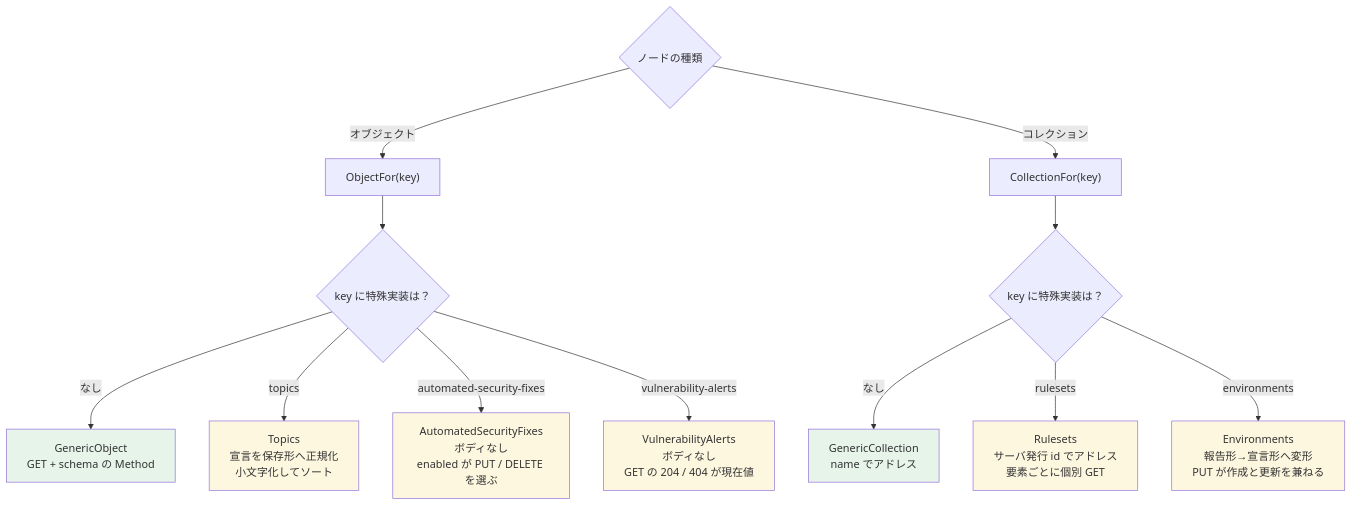
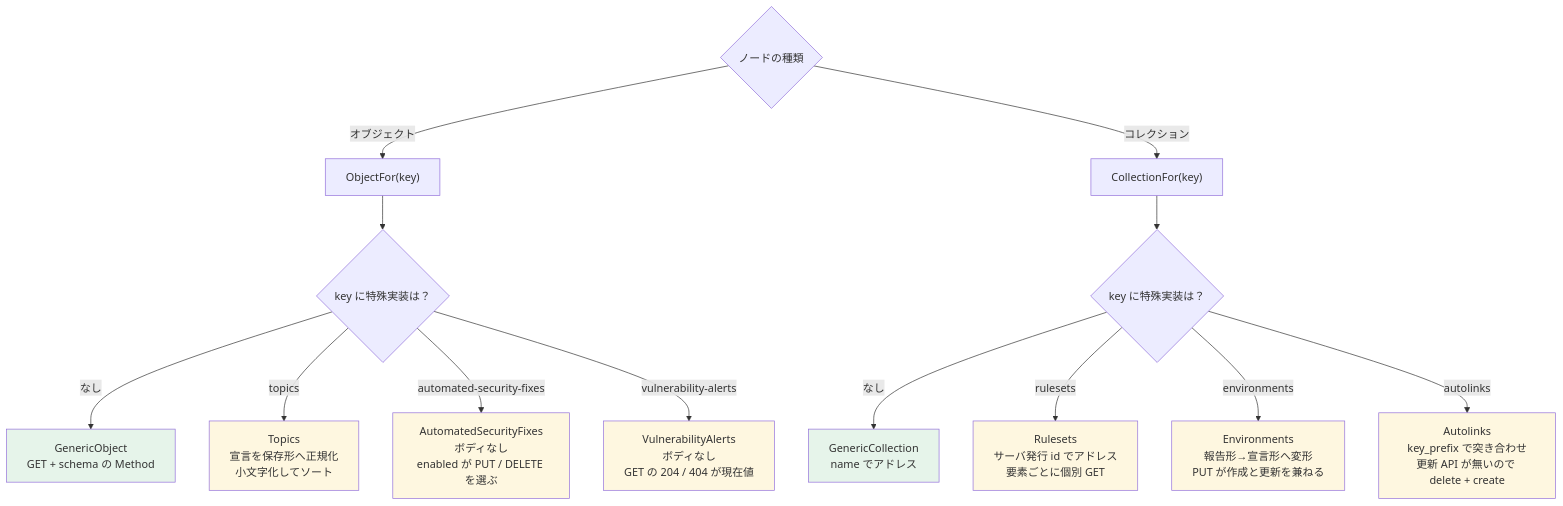
Before and after one commit to kota65535/ghs: the fourth of 5 diagrams in docs/architecture.md, drawn with Mermaid. The commit also changed other lines of this file and 23 other files, not shown here.

````diff
--- a/docs/architecture.md
+++ b/docs/architecture.md
@@ -112,24 +112,26 @@
 ```mermaid
 graph TD
     Q{"ノードの種類"}
     Q -->|オブジェクト| O["ObjectFor(key)"]
     Q -->|コレクション| CO["CollectionFor(key)"]
 
     O --> OG0{"key に特殊実装は？"}
     OG0 -->|なし| OG["GenericObject<br/>GET + schema の Method"]
     OG0 -->|topics| TP["Topics<br/>宣言を保存形へ正規化<br/>小文字化してソート"]
     OG0 -->|automated-security-fixes| SF["AutomatedSecurityFixes<br/>ボディなし<br/>enabled が PUT / DELETE を選ぶ"]
     OG0 -->|vulnerability-alerts| VA["VulnerabilityAlerts<br/>ボディなし<br/>GET の 204 / 404 が現在値"]
     CO --> CG{"key に特殊実装は？"}
     CG -->|なし| GC["GenericCollection<br/>name でアドレス"]
     CG -->|rulesets| RS["Rulesets<br/>サーバ発行 id でアドレス<br/>要素ごとに個別 GET"]
     CG -->|environments| EN["Environments<br/>報告形→宣言形へ変形<br/>PUT が作成と更新を兼ねる"]
+    CG -->|autolinks| AL["Autolinks<br/>key_prefix で突き合わせ<br/>更新 API が無いので delete + create"]
 
     style OG fill:#e6f4ea
     style GC fill:#e6f4ea
     style TP fill:#fef7e0
     style SF fill:#fef7e0
     style VA fill:#fef7e0
     style RS fill:#fef7e0
     style EN fill:#fef7e0
+    style AL fill:#fef7e0
 ```
````
